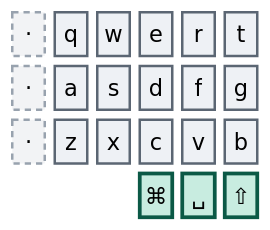
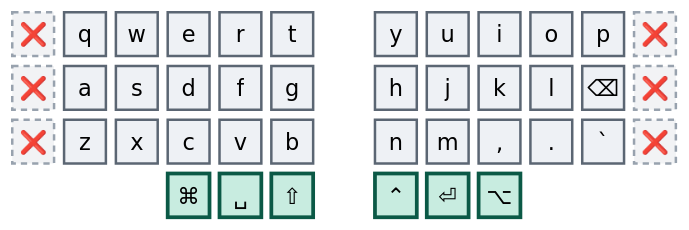
Before and after one commit to abloch/zmk-corne: the fourth of 5 diagrams in 32-keys.md, drawn with Mermaid. The commit also changed other lines of this file and 3 other files, not shown here.

First line of the commit message:
Add combos.md, one diagram per combo

````diff
--- a/32-keys.md
+++ b/32-keys.md
@@ -329,18 +282,18 @@
 ```mermaid
 %%{init: {'theme':'base','themeVariables':{'primaryColor':'#eef1f5','primaryTextColor':'#0b0f14','primaryBorderColor':'#5b6673','nodeTextColor':'#0b0f14','textColor':'#0b0f14','mainBkg':'#eef1f5','fontSize':'18px'}}}%%
 block
-columns 6
+columns 13
 
-  x1["·"] q w e r t
-  x2["·"] a s d f g
-  x3["·"] z x c v b
-  space:3 cmd["⌘"] spc["␣"] shft["⇧"]
+  xl1["❌"] q w e r t space y u i o p xr1["❌"]
+  xl2["❌"] a s d f g space h j k l bspc["⌫"] xr2["❌"]
+  xl3["❌"] z x c v b space n m cma[","] dot["."] grv[" `"] xr3["❌"]
+  space:3 cmd["⌘"] spc["␣"] sft["⇧"] space ctl["⌃"] ent["⏎"] alt["⌥"] space:3
 
   classDef dead fill:#f2f3f5,stroke:#98a2ae,stroke-width:2px,stroke-dasharray:5 4,color:#5b6673
   classDef core fill:#eef1f5,stroke:#5b6673,stroke-width:2px,color:#0b0f14
   classDef thumb fill:#c8ece0,stroke:#0b5946,stroke-width:3px,color:#06241c
 
-  class x1,x2,x3 dead
-  class q,w,e,r,t,a,s,d,f,g,z,x,c,v,b core
-  class cmd,spc,shft thumb
+  class xl1,xl2,xl3,xr1,xr2,xr3 dead
+  class q,w,e,r,t,a,s,d,f,g,z,x,c,v,b,y,u,i,o,p,h,j,k,l,bspc,n,m,cma,dot,grv core
+  class cmd,spc,sft,ctl,ent,alt thumb
 ```
````
